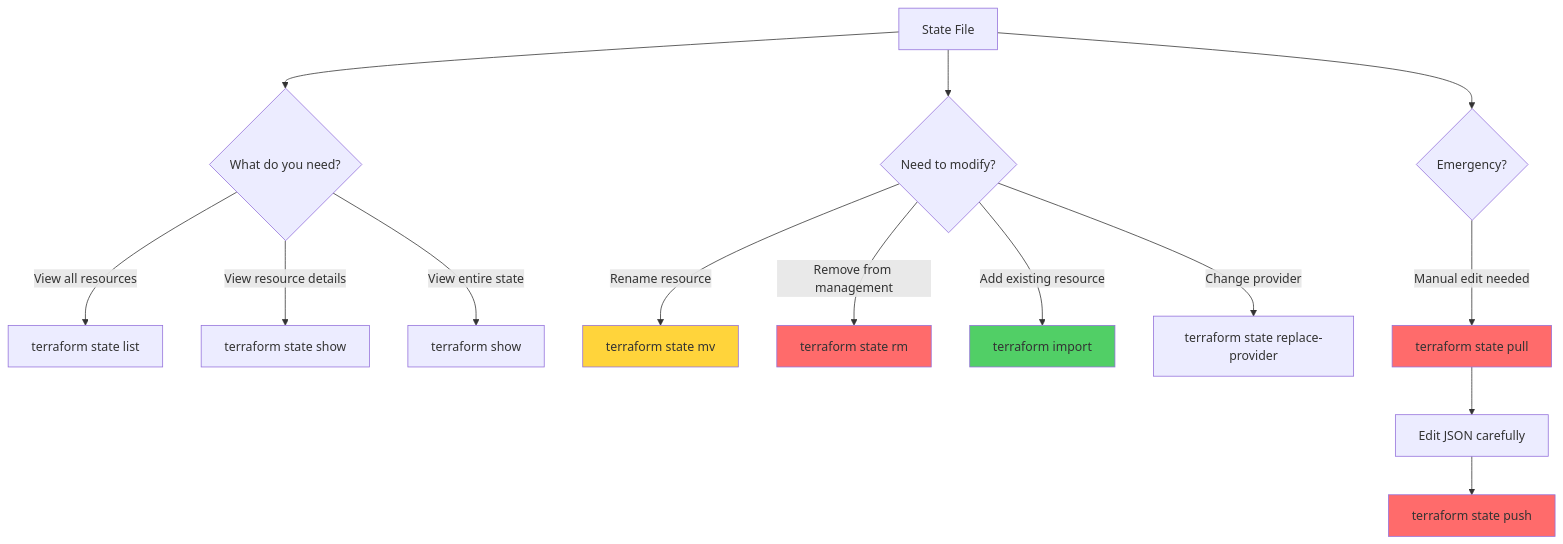
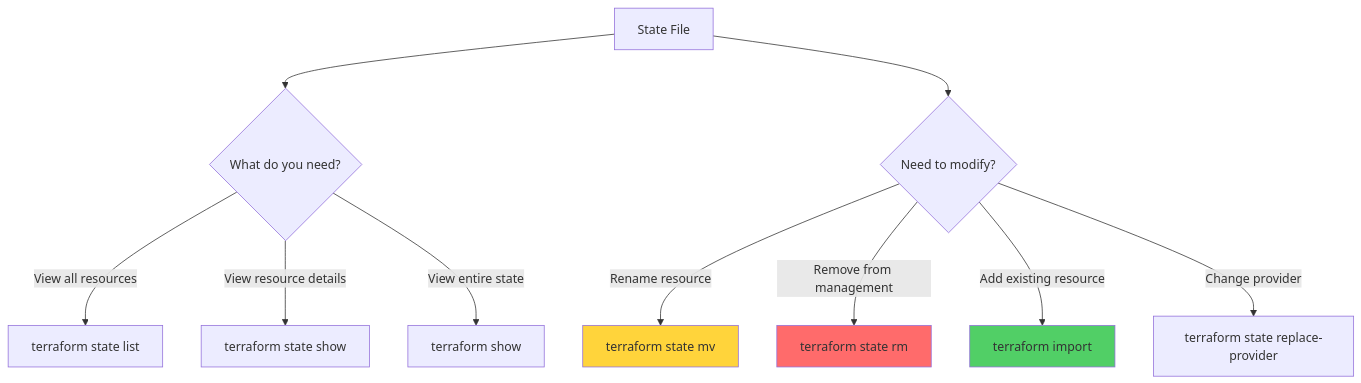
One commit to Ganil151/Devops changed the diagram in 2-Intermediate/03-Terraform/03-State-Management/05-State-Operations/State Operations.md. Above: the diagram before and after it, drawn with Mermaid. The commit also changed other lines of this file and 428 other files, not shown here.

````diff
--- a/2-Intermediate/03-Terraform/03-State-Management/05-State-Operations/State Operations.md
+++ b/2-Intermediate/03-Terraform/03-State-Management/05-State-Operations/State Operations.md
@@ -6,24 +9,17 @@
 ```mermaid
 graph TD
     Start[State File] --> Inspect{What do you need?}
     Inspect -->|View all resources| List[terraform state list]
     Inspect -->|View resource details| Show[terraform state show]
     Inspect -->|View entire state| ShowAll[terraform show]
     
     Start --> Modify{Need to modify?}
     Modify -->|Rename resource| MV[terraform state mv]
     Modify -->|Remove from management| RM[terraform state rm]
     Modify -->|Add existing resource| Import[terraform import]
     Modify -->|Change provider| Replace[terraform state replace-provider]
     
-    Start --> Emergency{Emergency?}
-    Emergency -->|Manual edit needed| Pull[terraform state pull]
-    Pull --> Edit[Edit JSON carefully]
-    Edit --> Push[terraform state push]
-    
     style RM fill:#ff6b6b
-    style Pull fill:#ff6b6b
-    style Push fill:#ff6b6b
     style Import fill:#51cf66
     style MV fill:#ffd43b
 ```
````
